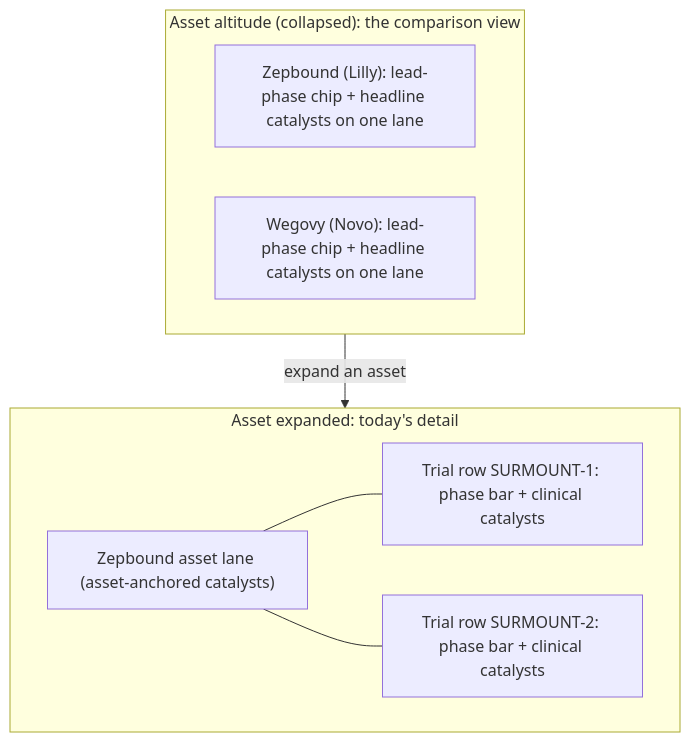
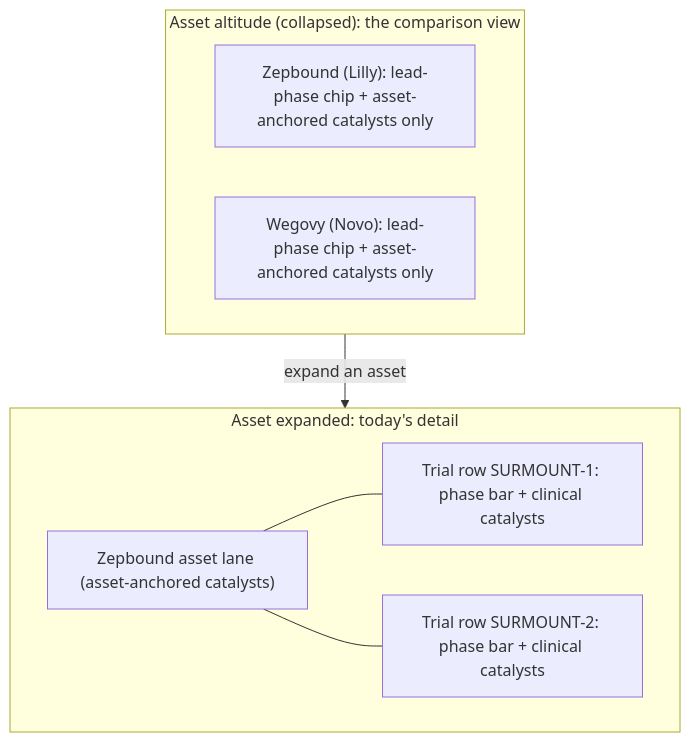
The second of 2 diagrams in docs/superpowers/specs/2026-06-28-unified-events-timeline-design.md (clint-org/clint), drawn with Mermaid before and after one commit. The commit also changed other lines of this file, not shown here.

Commit message:
docs(spec): drop roll-up; each event renders only on its anchor row

````diff
--- a/docs/superpowers/specs/2026-06-28-unified-events-timeline-design.md
+++ b/docs/superpowers/specs/2026-06-28-unified-events-timeline-design.md
@@ -235,15 +248,15 @@
 ```mermaid
 flowchart TB
   subgraph collapsed["Asset altitude (collapsed): the comparison view"]
-    AR1["Zepbound (Lilly): lead-phase chip + headline catalysts on one lane"]
-    AR2["Wegovy (Novo): lead-phase chip + headline catalysts on one lane"]
+    AR1["Zepbound (Lilly): lead-phase chip + asset-anchored catalysts only"]
+    AR2["Wegovy (Novo): lead-phase chip + asset-anchored catalysts only"]
   end
   subgraph expanded["Asset expanded: today's detail"]
     AL["Zepbound asset lane (asset-anchored catalysts)"]
     T1["Trial row SURMOUNT-1: phase bar + clinical catalysts"]
     T2["Trial row SURMOUNT-2: phase bar + clinical catalysts"]
     AL --- T1
     AL --- T2
   end
   collapsed -- "expand an asset" --> expanded
 ```
````
